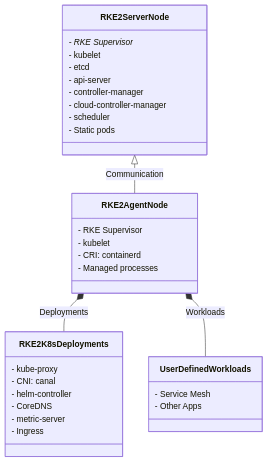
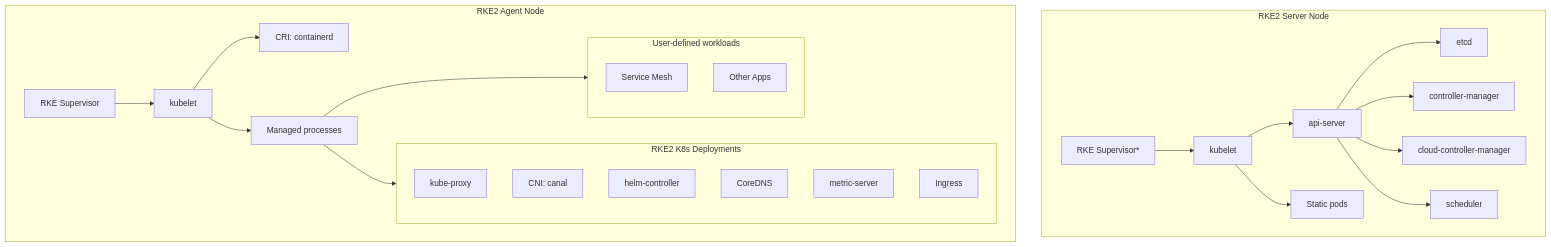
The first of 2 diagrams in Detail_Design.md (007chiragshah/tucana), drawn with Mermaid before and after one commit.

````diff
--- a/Detail_Design.md
+++ b/Detail_Design.md
@@ -13,38 +13,48 @@
 ```mermaid
-classDiagram
-    class RKE2ServerNode {
-        - RKE Supervisor*
-        - kubelet
-        - etcd
-        - api-server
-        - controller-manager
-        - cloud-controller-manager
-        - scheduler
-        - Static pods
-    }
-    
-    class RKE2AgentNode {
-        - RKE Supervisor
-        - kubelet
-        - CRI: containerd
-        - Managed processes
-    }
+graph TB
+    subgraph RKE2_Server_Node ["RKE2 Server Node"]
+        RKESupervisorServer["RKE Supervisor*"]
+        KubeletServer["kubelet"]
+        Etcd["etcd"]
+        APIServer["api-server"]
+        ControllerManager["controller-manager"]
+        CloudControllerManager["cloud-controller-manager"]
+        Scheduler["scheduler"]
+        StaticPods["Static pods"]
 
-    class RKE2K8sDeployments {
-        - kube-proxy
-        - CNI: canal
-        - helm-controller
-        - CoreDNS
-        - metric-server
-        - Ingress
-    }
+        RKESupervisorServer --> KubeletServer
+        KubeletServer --> APIServer
+        APIServer --> Etcd
+        APIServer --> ControllerManager
+        APIServer --> CloudControllerManager
+        APIServer --> Scheduler
+        KubeletServer --> StaticPods
+    end
 
-    class UserDefinedWorkloads {
-        - Service Mesh
-        - Other Apps
-    }
+    subgraph RKE2_Agent_Node ["RKE2 Agent Node"]
+        RKESupervisorAgent["RKE Supervisor"]
+        KubeletAgent["kubelet"]
+        CRIContainerd["CRI: containerd"]
+        ManagedProcesses["Managed processes"]
 
-    RKE2ServerNode <|-- RKE2AgentNode : Communication
-    RKE2AgentNode *-- RKE2K8sDeployments : Deployments
-    RKE2AgentNode *-- UserDefinedWorkloads : Workloads
+        subgraph RKE2_K8s_Deployments ["RKE2 K8s Deployments"]
+            KubeProxy["kube-proxy"]
+            CNI["CNI: canal"]
+            HelmController["helm-controller"]
+            CoreDNS["CoreDNS"]
+            MetricServer["metric-server"]
+            Ingress["Ingress"]
+        end
+
+        subgraph User_Defined_Workloads ["User-defined workloads"]
+            ServiceMesh["Service Mesh"]
+            OtherApps["Other Apps"]
+        end
+
+        RKESupervisorAgent --> KubeletAgent
+        KubeletAgent --> CRIContainerd
+        KubeletAgent --> ManagedProcesses
+        ManagedProcesses --> RKE2_K8s_Deployments
+        ManagedProcesses --> User_Defined_Workloads
+    end
 ```
````
